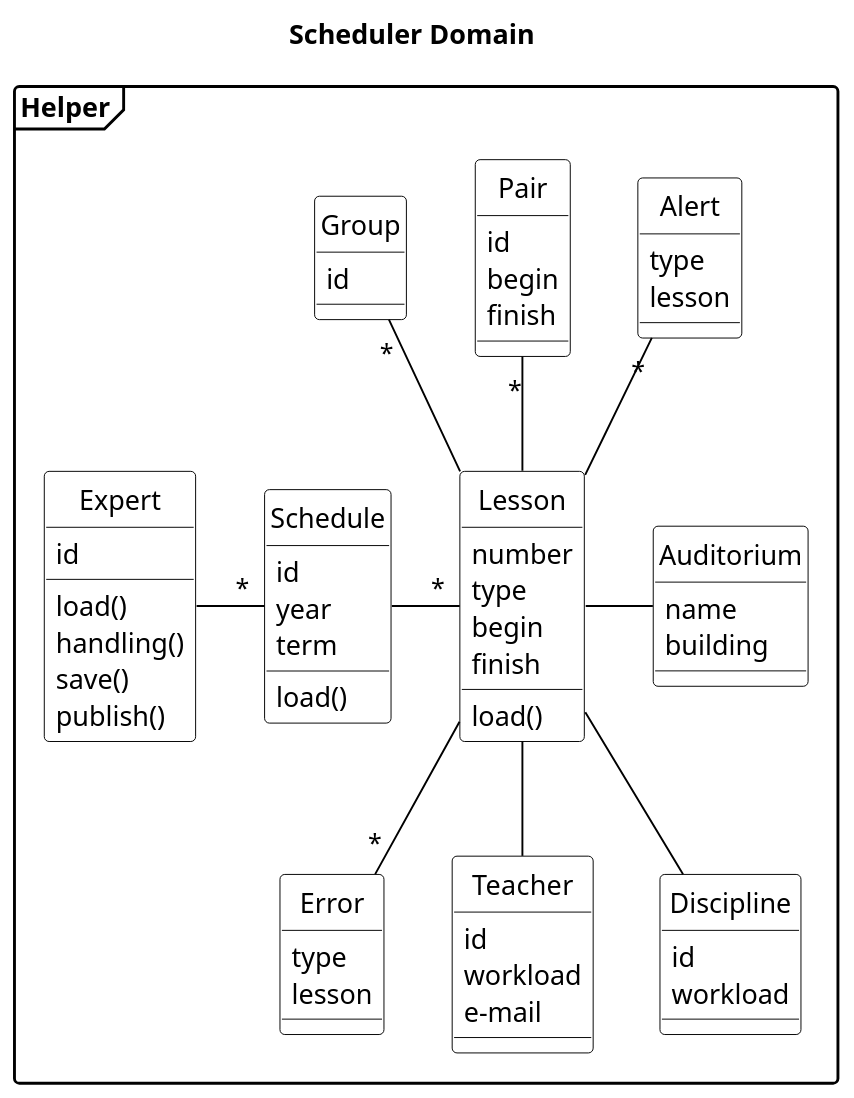
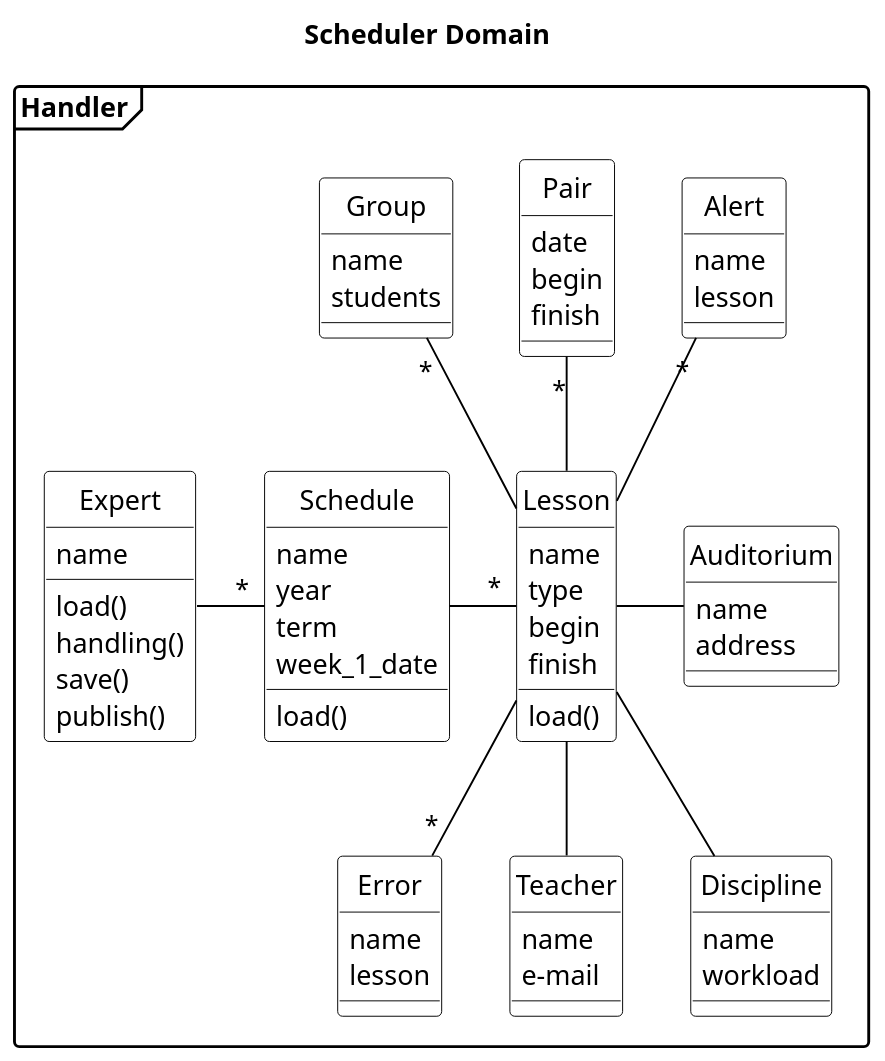
One commit to AlexFatkin/UniversityScheduleController changed the diagram in UML/Scheduler_classes_2.puml. Above: the diagram before and after it, drawn with PlantUML. The commit also changed other lines of this file and 6 other files, not shown here.

```diff
--- a/UML/Scheduler_classes_2.puml
+++ b/UML/Scheduler_classes_2.puml
@@ -2,99 +2,100 @@
 @startuml
 title Scheduler Domain
 skinparam class {
 BackgroundColor White
 ArrowColor Black
 BorderColor Black
 }
 skinparam object {
 BackgroundColor White
 ArrowColor Black
 BorderColor Black
 }
 hide circle
 'hide members
 scale 1.3
 skinparam DefaultTextAlignment left
 skinparam shadowing false
 'skinparam monochrome true
 skinparam packageStyle frame
 
-package Helper {
+package Handler {
 class Error{
-type
+name
 lesson
 }
 class Alert{
-type
+name
 lesson
 }
 
 class Expert{
-id
+name
 load()
 handling()
 save()
 publish()
 }
 class Schedule{
-id
+name
 year
 term
+week_1_date
 load()
 }
 class Lesson{
-number
+name
 type
 'face-to-face
 begin
 finish
 'week
 'day
 load()
 }
 class Teacher{
-id
-workload
+name
 e-mail
 }
 class Discipline{
-id
+name
 workload
 }
 class Pair {
-id
+date
 begin
 finish
 }
 'class Student{
 'id
 'e-mail
 '}
 class Group{
-id
+name
+students
 }
 'class Building {
 'name
 '}
 class Auditorium {
 name
-building
+address
 }
 'class Transfer {
 'route
 'time
 '}
 Expert -"*" Schedule
 Schedule -"*" Lesson
 Alert "*"-- Lesson
 Lesson --Teacher
 Group "*"-- Lesson
 Lesson --"*" Error
 Lesson -- Discipline
 Pair "*"-- Lesson
 Lesson - Auditorium
 'Building -- Auditorium
 'Building "2"-"1" Transfer
 'Group -"*" Student
 'Lesson --Transfer
 @enduml
```
